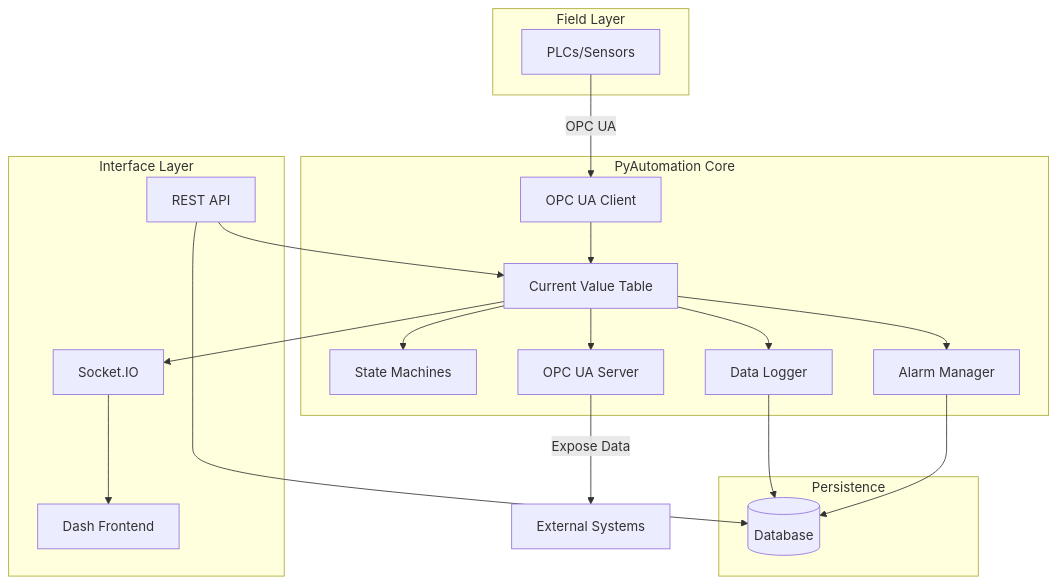
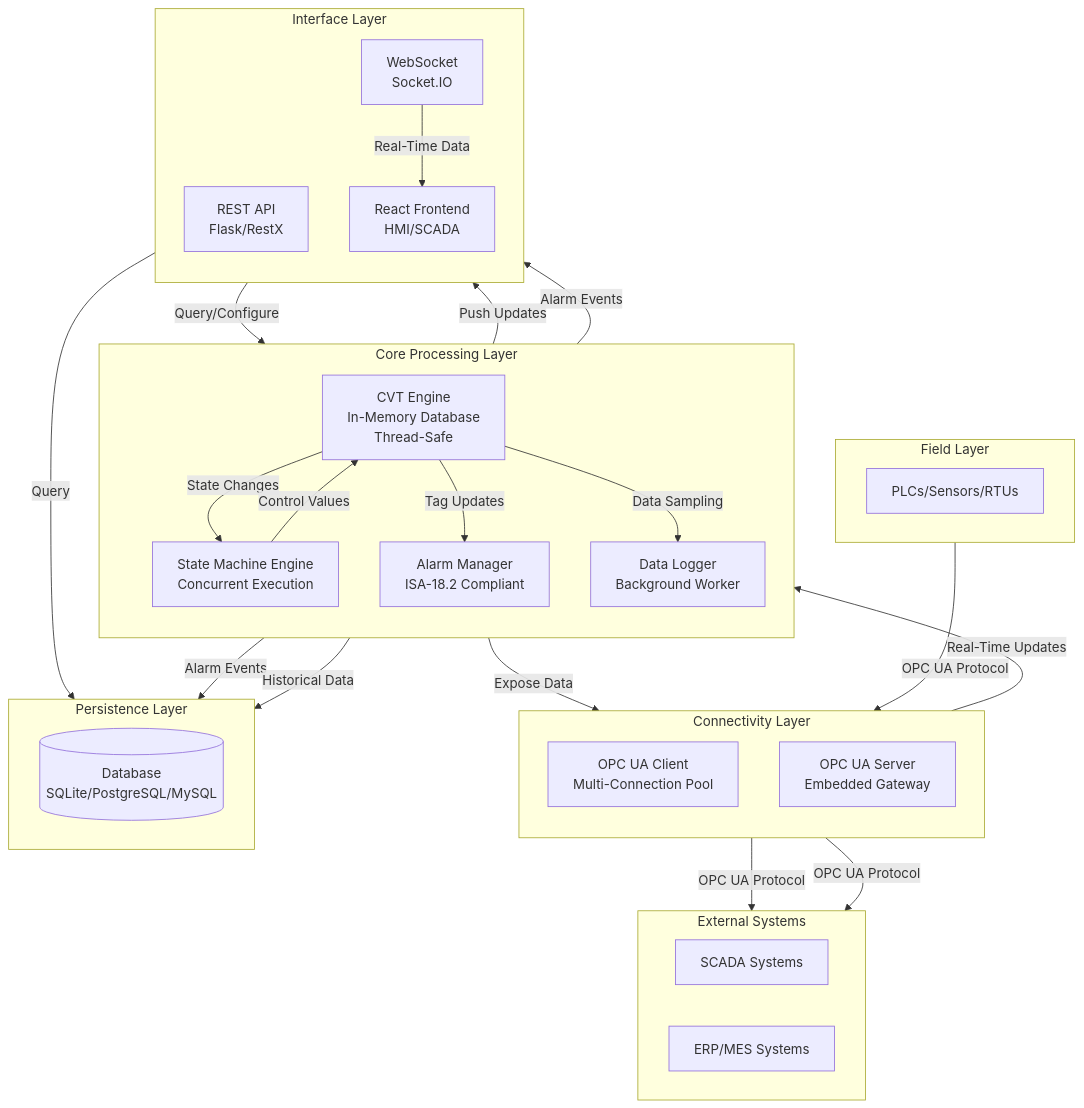
The second of 2 diagrams in docs/architecture.md (know-ai/PyAutomation), drawn with Mermaid before and after one commit. The commit also changed other lines of this file and 4 other files, not shown here.

````diff
--- a/docs/architecture.md
+++ b/docs/architecture.md
@@ -72,39 +421,59 @@
-``` mermaid
+```mermaid
 graph TB
     subgraph "Field Layer"
-        PLC[PLCs/Sensors]
+        PLC[PLCs/Sensors/RTUs]
+        direction LR
     end
     
-    subgraph "PyAutomation Core"
-        OPCClient[OPC UA Client]
-        CVT[Current Value Table]
-        SM[State Machines]
-        AM[Alarm Manager]
-        DL[Data Logger]
-        OPCServer[OPC UA Server]
+    subgraph "Connectivity Layer"
+        OPCClient[OPC UA Client<br/>Multi-Connection Pool]
+        OPCServer[OPC UA Server<br/>Embedded Gateway]
+        direction TB
     end
     
-    subgraph "Persistence"
-        DB[(Database)]
+    subgraph "Core Processing Layer"
+        CVT[CVT Engine<br/>In-Memory Database<br/>Thread-Safe]
+        SM[State Machine Engine<br/>Concurrent Execution]
+        AM[Alarm Manager<br/>ISA-18.2 Compliant]
+        DL[Data Logger<br/>Background Worker]
+        direction TB
+    end
+    
+    subgraph "Persistence Layer"
+        DB[(Database<br/>SQLite/PostgreSQL/MySQL)]
+        direction LR
     end
     
     subgraph "Interface Layer"
-        API[REST API]
-        WS[Socket.IO]
-        UI[Dash Frontend]
+        API[REST API<br/>Flask/RestX]
+        WS[WebSocket<br/>Socket.IO]
+        UI[React Frontend<br/>HMI/SCADA]
+        direction TB
     end
     
-    PLC -->|OPC UA| OPCClient
-    OPCClient --> CVT
-    CVT --> SM
-    CVT --> AM
-    CVT --> DL
-    CVT --> OPCServer
-    DL --> DB
-    AM --> DB
-    CVT --> WS
-    WS --> UI
-    API --> CVT
-    API --> DB
-    OPCServer -->|Expose Data| External[External Systems]
+    subgraph "External Systems"
+        SCADA[SCADA Systems]
+        ERP[ERP/MES Systems]
+        direction LR
+    end
+    
+    PLC -->|OPC UA Protocol| OPCClient
+    OPCClient -->|Real-Time Updates| CVT
+    CVT -->|State Changes| SM
+    CVT -->|Tag Updates| AM
+    CVT -->|Data Sampling| DL
+    CVT -->|Expose Data| OPCServer
+    CVT -->|Push Updates| WS
+    
+    SM -->|Control Values| CVT
+    AM -->|Alarm Events| DB
+    AM -->|Alarm Events| WS
+    DL -->|Historical Data| DB
+    
+    API -->|Query/Configure| CVT
+    API -->|Query| DB
+    WS -->|Real-Time Data| UI
+    
+    OPCServer -->|OPC UA Protocol| SCADA
+    OPCServer -->|OPC UA Protocol| ERP
 ```
````
